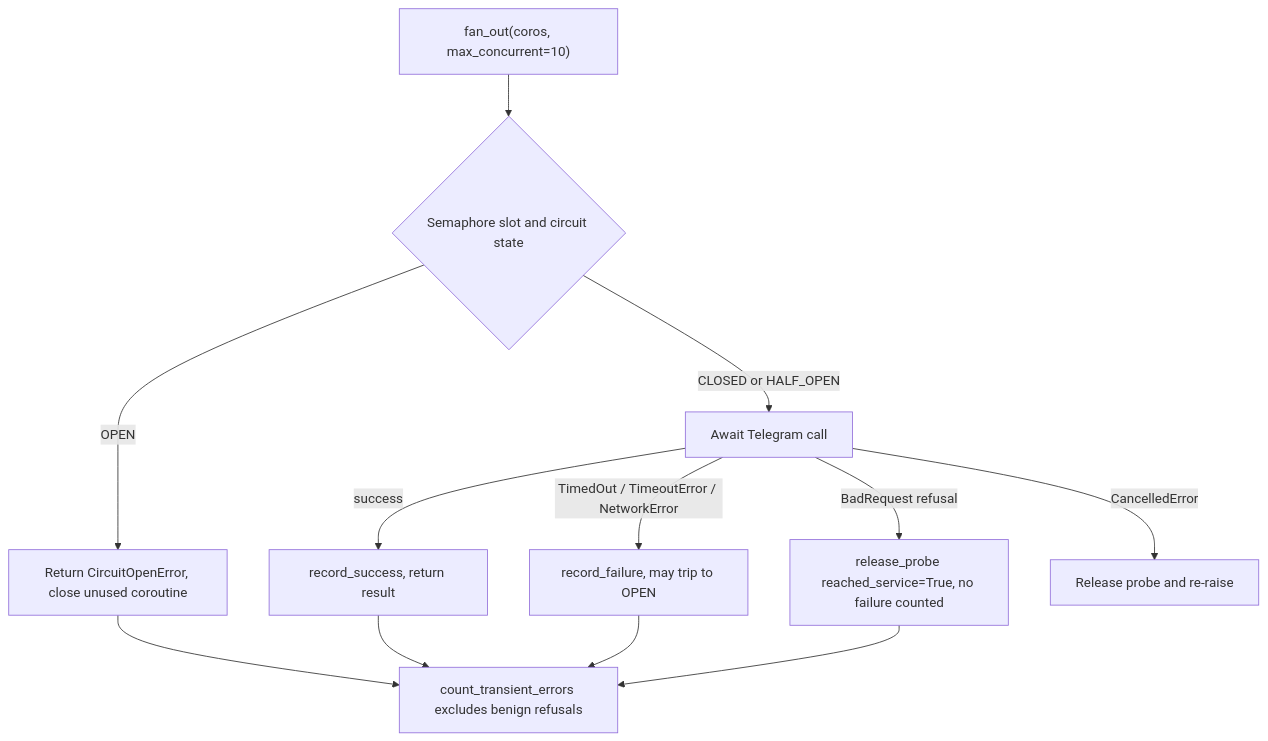
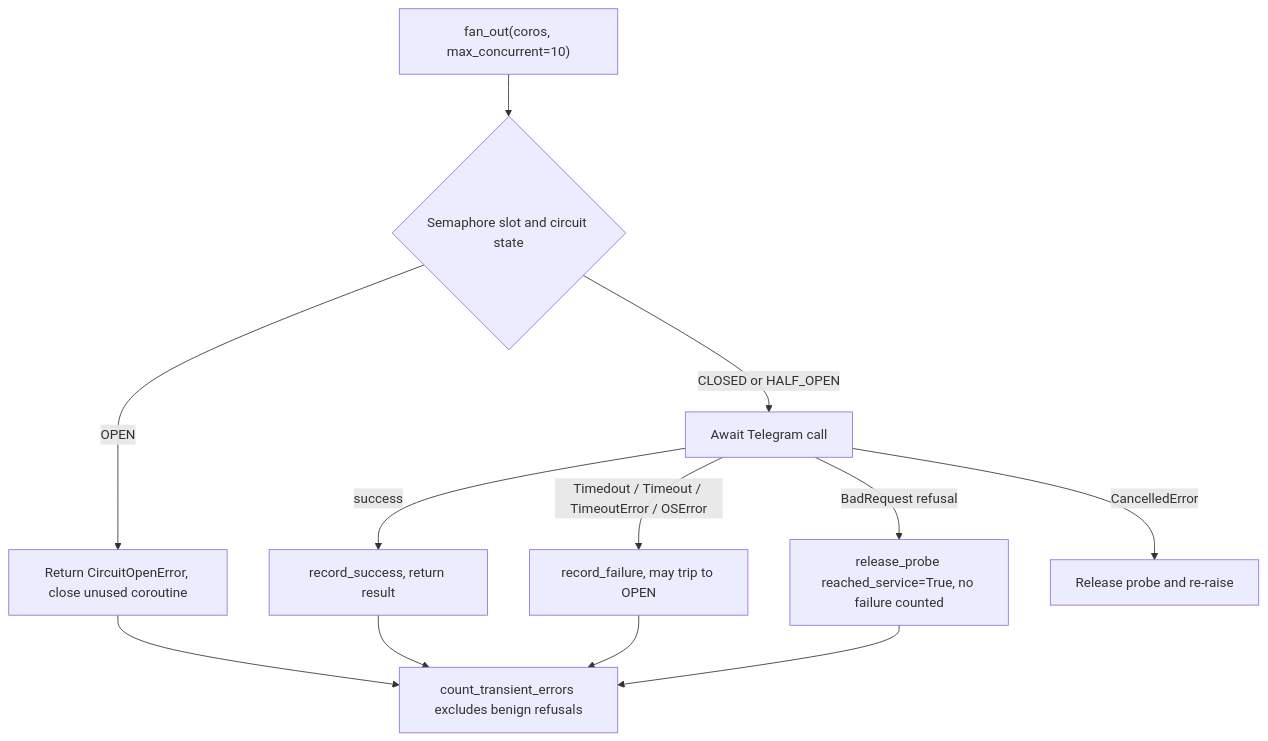
The third of 3 diagrams in docs/flows/ratelimit.md (D1ZZY4/tcbot), drawn with Mermaid before and after one commit. The commit also changed other lines of this file and 10 other files, not shown here.

````diff
--- a/docs/flows/ratelimit.md
+++ b/docs/flows/ratelimit.md
@@ -152,14 +152,14 @@
 ```mermaid
 flowchart TD
     F["fan_out(coros, max_concurrent=10)"] --> SEM{Semaphore slot and circuit state}
     SEM -->|OPEN| SKIP[Return CircuitOpenError, close unused coroutine]
     SEM -->|CLOSED or HALF_OPEN| CALL[Await Telegram call]
     CALL -->|success| REC[record_success, return result]
-    CALL -->|TimedOut / TimeoutError / NetworkError| FAIL[record_failure, may trip to OPEN]
+    CALL -->|Timedout / Timeout / TimeoutError / OSError| FAIL[record_failure, may trip to OPEN]
     CALL -->|BadRequest refusal| BENIGN["release_probe reached_service=True, no failure counted"]
     CALL -->|CancelledError| CANCEL[Release probe and re-raise]
     REC --> R[count_transient_errors excludes benign refusals]
     FAIL --> R
     BENIGN --> R
     SKIP --> R
 ```
````
